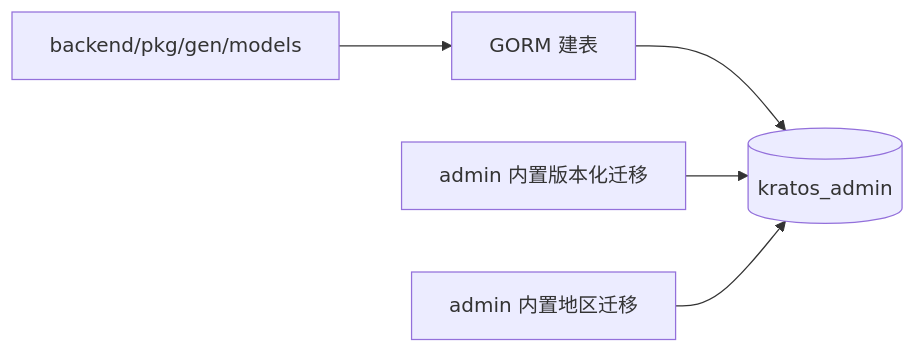
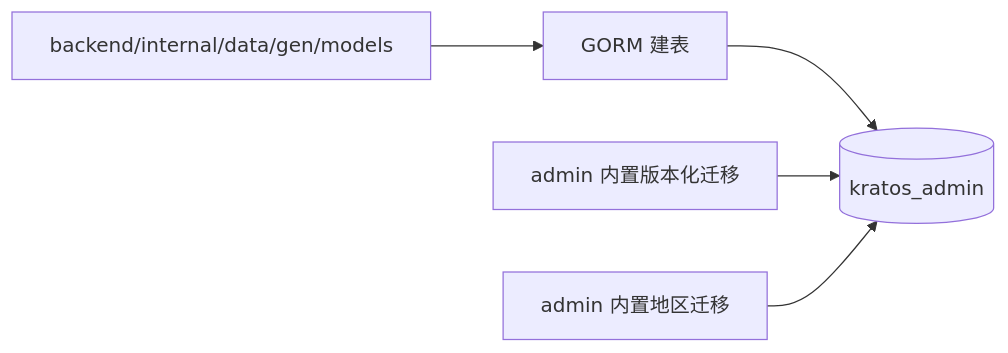
The diagram in docs/数据库与初始化数据设计.md (liujitcn/kratos-admin), drawn with Mermaid before and after one commit. The commit also changed other lines of this file and 472 other files, not shown here.

````diff
--- a/docs/数据库与初始化数据设计.md
+++ b/docs/数据库与初始化数据设计.md
@@ -13,6 +13,6 @@
 ```mermaid
 flowchart LR
-  Models["backend/pkg/gen/models"] --> Migrate["GORM 建表"] --> Main[("kratos_admin")]
+  Models["backend/internal/data/gen/models"] --> Migrate["GORM 建表"] --> Main[("kratos_admin")]
   Default["admin 内置版本化迁移"] --> Main
   Area["admin 内置地区迁移"] --> Main
 ```
````
